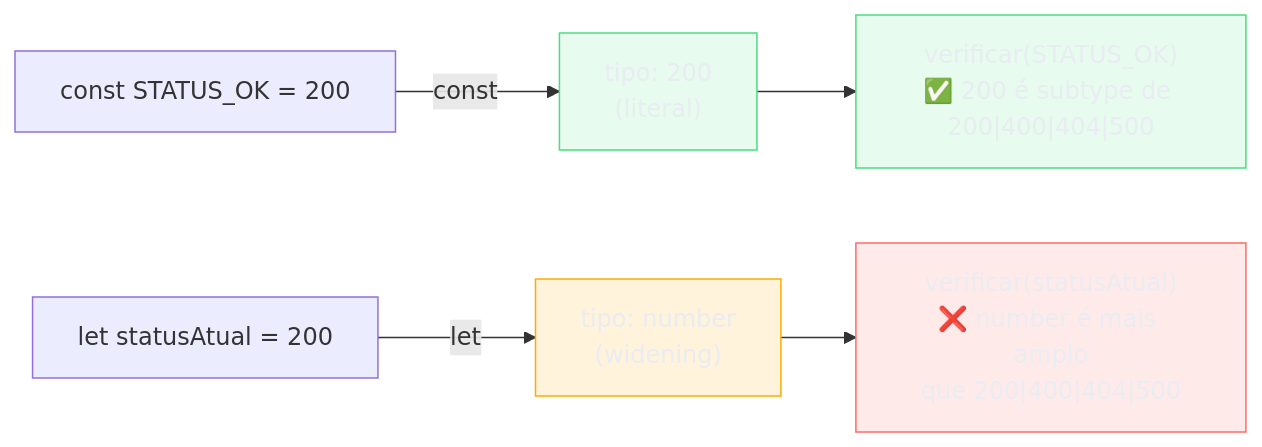
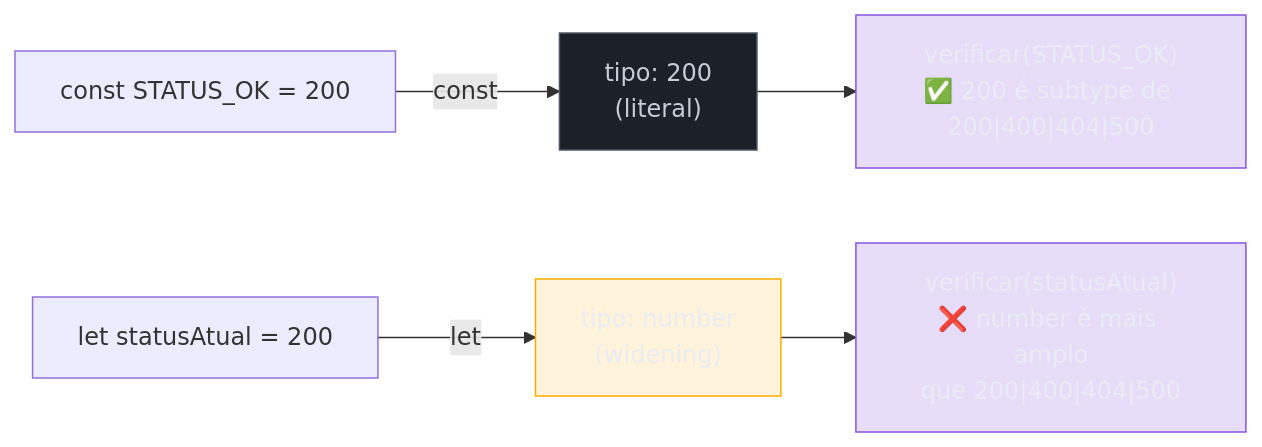
The fourth of 4 diagrams in 03-Dominios/Tecnologia/TypeScript/02 - Tipos primitivos, literais e inferência.md (josenaldo/codex-technomanticus), drawn with Mermaid before and after one commit. The commit also changed other lines of this file and 601 other files, not shown here.

````diff
--- a/03-Dominios/Tecnologia/TypeScript/02 - Tipos primitivos, literais e inferência.md
+++ b/03-Dominios/Tecnologia/TypeScript/02 - Tipos primitivos, literais e inferência.md
@@ -447,14 +447,14 @@
 ```mermaid
 flowchart LR
-    classDef ok fill:#4ADE8021,stroke:#4ADE80,color:#E9ECF2
+    classDef marca fill:#8855DF33,stroke:#8855DF,color:#E9ECF2
+    classDef neutro fill:#1B2029,stroke:#4E5666,color:#C6CCD8
     classDef destaque fill:#FFAA0024,stroke:#FFAA00,color:#E9ECF2
-    classDef falha fill:#FF6B6B24,stroke:#FF6B6B,color:#E9ECF2
     A["const STATUS_OK = 200"] -->|"const"| B["tipo: 200\n(literal)"]
     C["let statusAtual = 200"] -->|"let"| D["tipo: number\n(widening)"]
     B --> E["verificar(STATUS_OK)\n✅ 200 é subtype de 200|400|404|500"]
     D --> F["verificar(statusAtual)\n❌ number é mais amplo\nque 200|400|404|500"]
-    class B ok
+    class B neutro
     class D destaque
-    class E ok
-    class F falha
+    class E marca
+    class F marca
 ```
````
